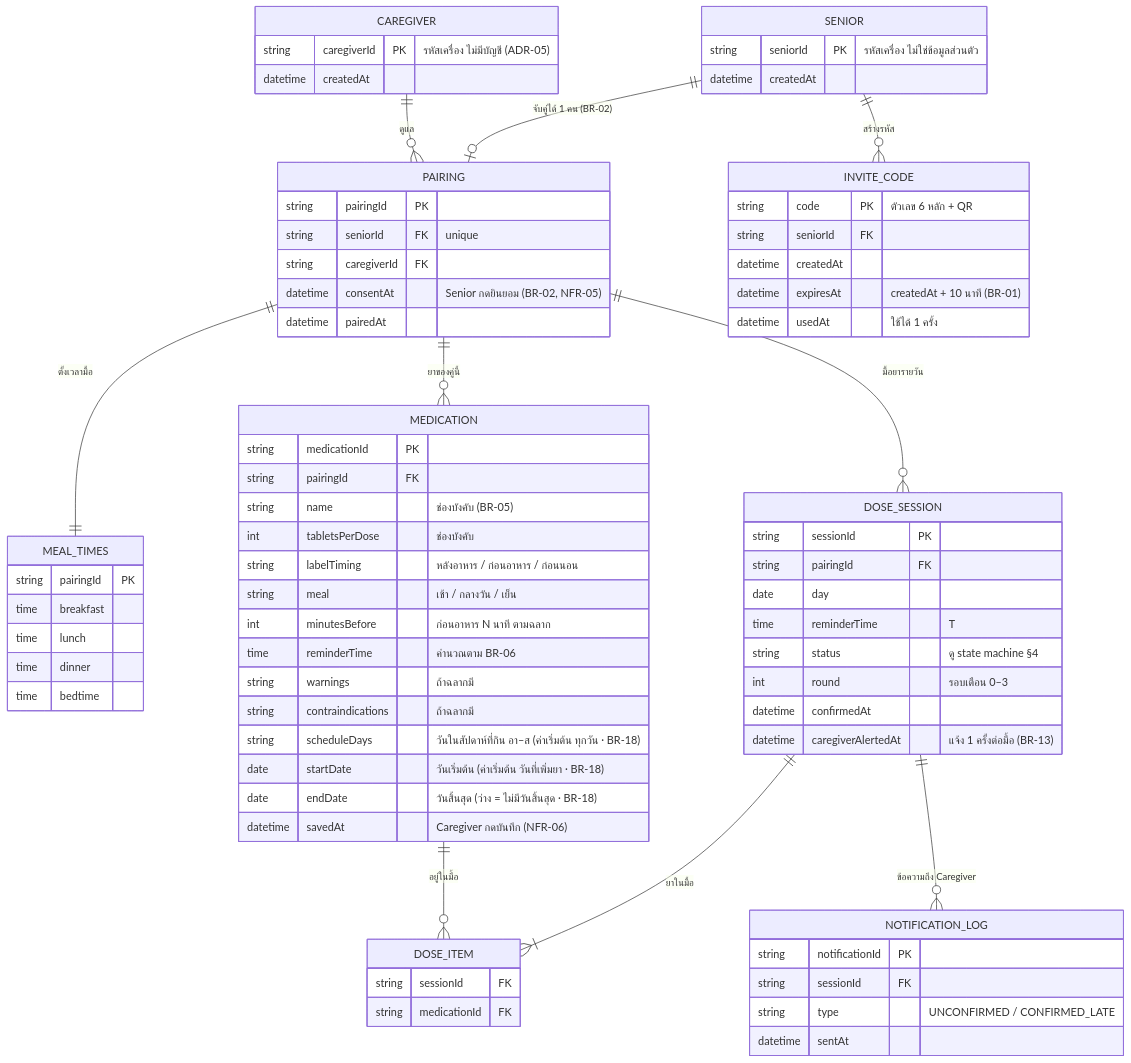
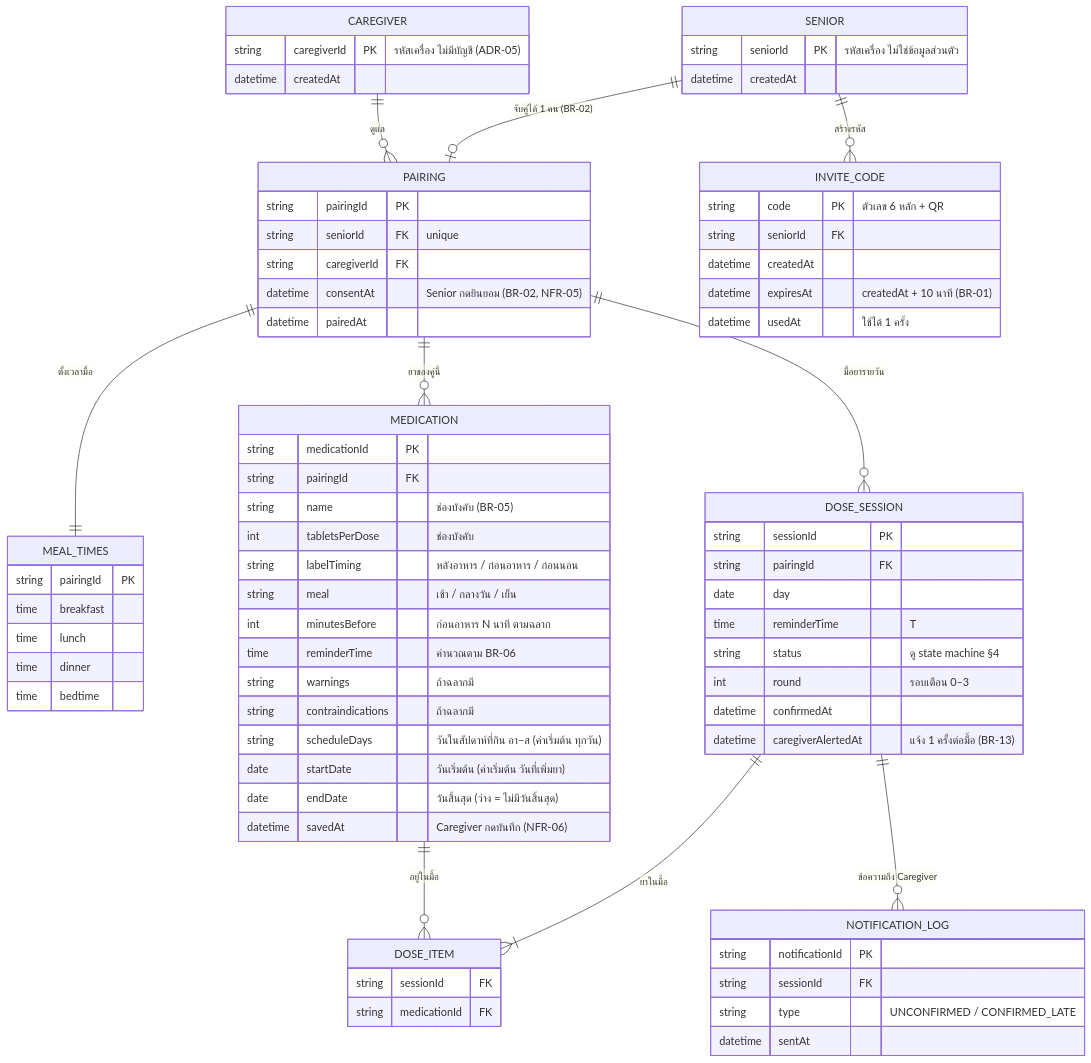
Before and after one commit to yaroo393-png/MedMind: the sixth of 6 diagrams in docs/03-design/architecture.md, drawn with Mermaid. The commit also changed other lines of this file and 7 other files, not shown here.

````diff
--- a/docs/03-design/architecture.md
+++ b/docs/03-design/architecture.md
@@ -241,78 +241,78 @@
 ```mermaid
 erDiagram
     SENIOR ||--o| PAIRING : "จับคู่ได้ 1 คน (BR-02)"
     CAREGIVER ||--o{ PAIRING : "ดูแล"
     SENIOR ||--o{ INVITE_CODE : "สร้างรหัส"
     PAIRING ||--|| MEAL_TIMES : "ตั้งเวลามื้อ"
     PAIRING ||--o{ MEDICATION : "ยาของคู่นี้"
     PAIRING ||--o{ DOSE_SESSION : "มื้อยารายวัน"
     DOSE_SESSION ||--|{ DOSE_ITEM : "ยาในมื้อ"
     MEDICATION ||--o{ DOSE_ITEM : "อยู่ในมื้อ"
     DOSE_SESSION ||--o{ NOTIFICATION_LOG : "ข้อความถึง Caregiver"
 
     SENIOR {
         string seniorId PK "รหัสเครื่อง ไม่ใช่ข้อมูลส่วนตัว"
         datetime createdAt
     }
     CAREGIVER {
         string caregiverId PK "รหัสเครื่อง ไม่มีบัญชี (ADR-05)"
         datetime createdAt
     }
     INVITE_CODE {
         string code PK "ตัวเลข 6 หลัก + QR"
         string seniorId FK
         datetime createdAt
         datetime expiresAt "createdAt + 10 นาที (BR-01)"
         datetime usedAt "ใช้ได้ 1 ครั้ง"
     }
     PAIRING {
         string pairingId PK
         string seniorId FK "unique"
         string caregiverId FK
         datetime consentAt "Senior กดยินยอม (BR-02, NFR-05)"
         datetime pairedAt
     }
     MEAL_TIMES {
         string pairingId PK
         time breakfast
         time lunch
         time dinner
         time bedtime
     }
     MEDICATION {
         string medicationId PK
         string pairingId FK
         string name "ช่องบังคับ (BR-05)"
         int tabletsPerDose "ช่องบังคับ"
         string labelTiming "หลังอาหาร / ก่อนอาหาร / ก่อนนอน"
         string meal "เช้า / กลางวัน / เย็น"
         int minutesBefore "ก่อนอาหาร N นาที ตามฉลาก"
         time reminderTime "คำนวณตาม BR-06"
         string warnings "ถ้าฉลากมี"
         string contraindications "ถ้าฉลากมี"
-        string scheduleDays "วันในสัปดาห์ที่กิน อา–ส (ค่าเริ่มต้น ทุกวัน · BR-18)"
-        date startDate "วันเริ่มต้น (ค่าเริ่มต้น วันที่เพิ่มยา · BR-18)"
-        date endDate "วันสิ้นสุด (ว่าง = ไม่มีวันสิ้นสุด · BR-18)"
+        string scheduleDays "วันในสัปดาห์ที่กิน อา–ส (ค่าเริ่มต้น ทุกวัน)"
+        date startDate "วันเริ่มต้น (ค่าเริ่มต้น วันที่เพิ่มยา)"
+        date endDate "วันสิ้นสุด (ว่าง = ไม่มีวันสิ้นสุด)"
         datetime savedAt "Caregiver กดบันทึก (NFR-06)"
     }
     DOSE_SESSION {
         string sessionId PK
         string pairingId FK
         date day
         time reminderTime "T"
         string status "ดู state machine §4"
         int round "รอบเตือน 0–3"
         datetime confirmedAt
         datetime caregiverAlertedAt "แจ้ง 1 ครั้งต่อมื้อ (BR-13)"
     }
     DOSE_ITEM {
         string sessionId FK
         string medicationId FK
     }
     NOTIFICATION_LOG {
         string notificationId PK
         string sessionId FK
         string type "UNCONFIRMED / CONFIRMED_LATE"
         datetime sentAt
     }
 ```
````
